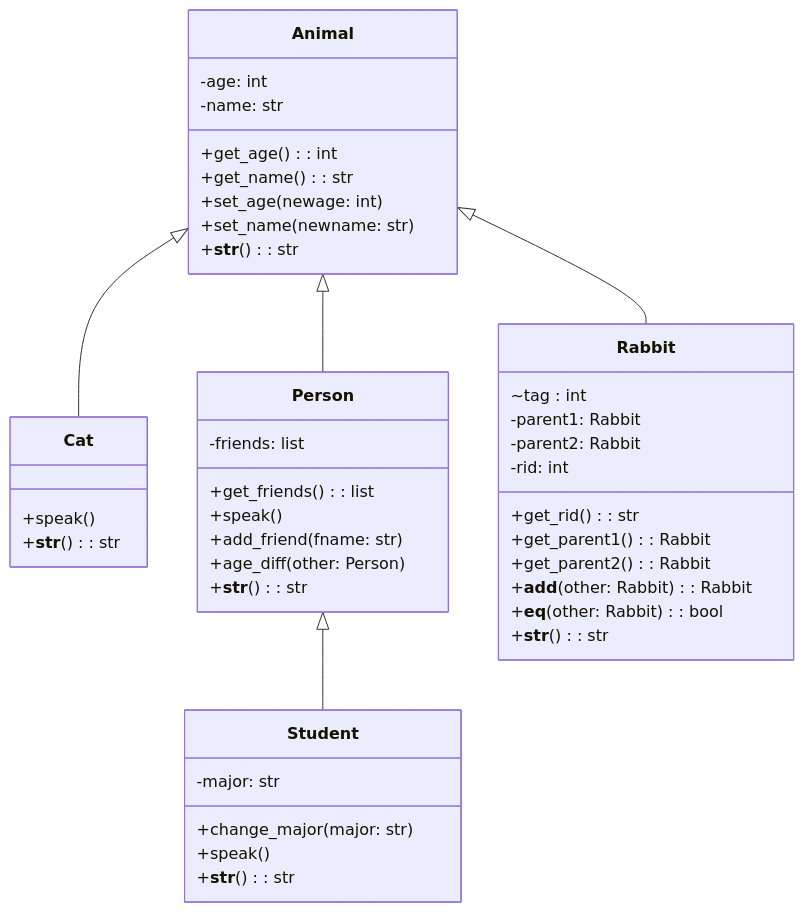
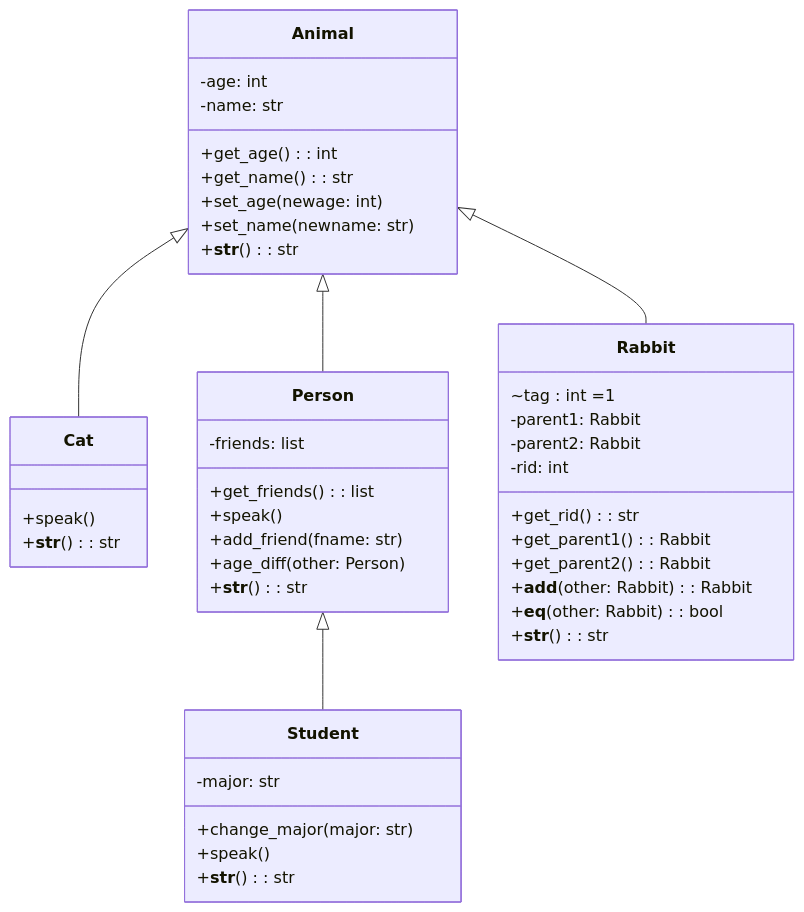
The diagram in tests/group10/mermaid_lec9.md (ARG-NCTU/oop-python-nycu), drawn with Mermaid before and after one commit.

Commit message:
add class variable ~tag

````diff
--- a/tests/group10/mermaid_lec9.md
+++ b/tests/group10/mermaid_lec9.md
@@ -1,51 +1,51 @@
 ```mermaid
 classDiagram
     class Animal {
         -age: int
         -name: str
         +get_age(): int
         +get_name(): str
         +set_age(newage: int)
         +set_name(newname: str)
         +__str__(): str
     }
 
     class Cat {
         +speak()
         +__str__(): str
     }
 
     class Person {
         -friends: list
         +get_friends(): list
         +speak()
         +add_friend(fname: str)
         +age_diff(other: Person)
         +__str__(): str
     }
 
     class Student {
         -major: str
         +change_major(major: str)
         +speak()
         +__str__(): str
     }
 
     class Rabbit {
-        ~tag : int
+        ~tag : int =1
         -parent1: Rabbit
         -parent2: Rabbit
         -rid: int
         +get_rid(): str
         +get_parent1(): Rabbit
         +get_parent2(): Rabbit
         +__add__(other: Rabbit): Rabbit
         +__eq__(other: Rabbit): bool
         +__str__(): str
     }
 
     Animal <|-- Cat
     Animal <|-- Person
     Person <|-- Student
     Animal <|-- Rabbit
 ```
````
